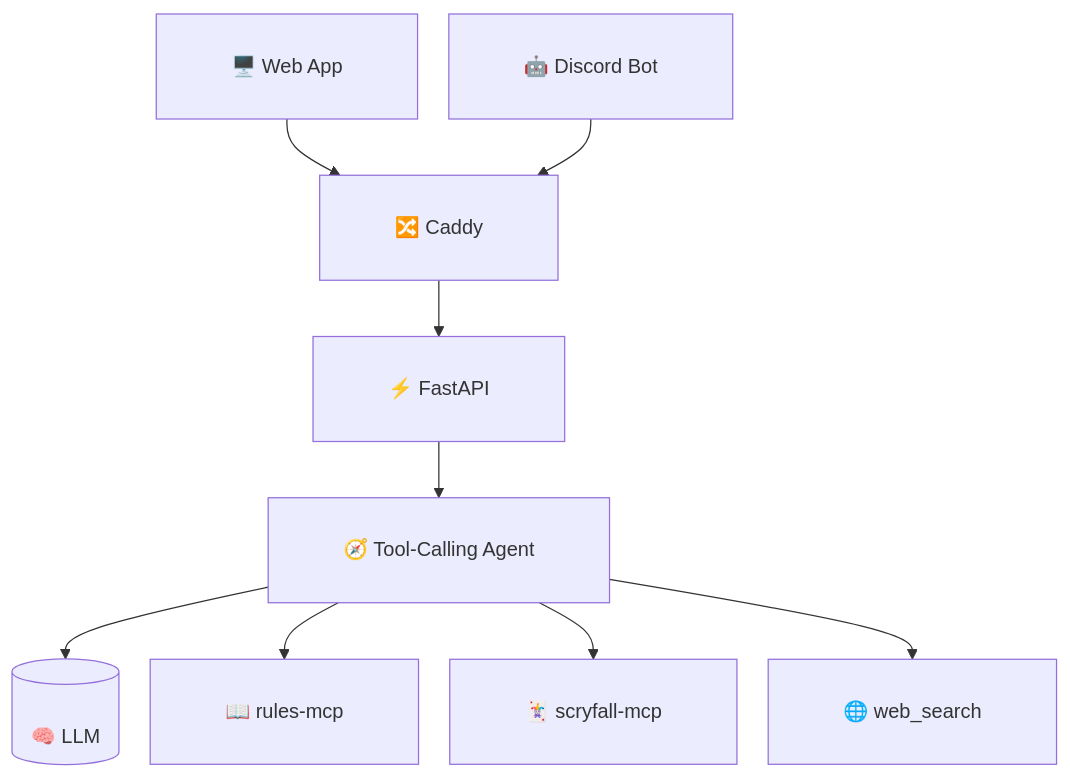
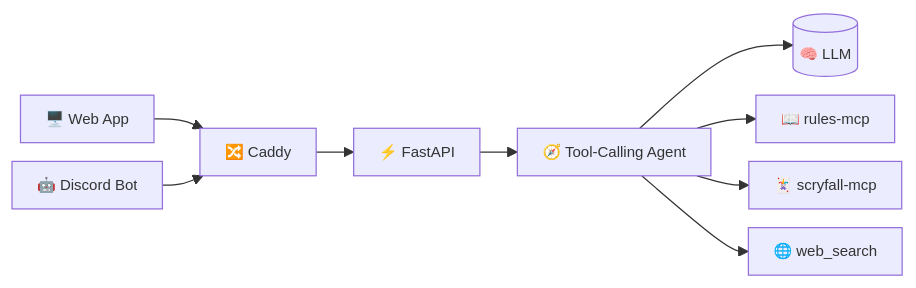
Before and after one commit to Delta-43/mtg-rules-agent: the diagram in README.md, drawn with Mermaid.

````diff
--- a/README.md
+++ b/README.md
@@ -63,12 +63,12 @@
 ```mermaid
-%%{init: {"flowchart": {"padding": 30, "nodeSpacing": 25, "rankSpacing": 45}}}%%
-flowchart TD
+%%{init: {"themeVariables": {"fontSize": "12px"}, "flowchart": {"useMaxWidth": true, "padding": 10, "nodeSpacing": 15, "rankSpacing": 30}}}%%
+flowchart LR
     PWA["🖥️ Web App"] --> Caddy["🔀 Caddy"]
     Bot["🤖 Discord Bot"] --> Caddy
     Caddy --> API["⚡ FastAPI"]
     API --> Agent["🧭 Tool-Calling Agent"]
     Agent --> LLM[("🧠 LLM")]
     Agent --> Rules["📖 rules-mcp"]
     Agent --> Scryfall["🃏 scryfall-mcp"]
     Agent --> Search["🌐 web_search"]
 ```
````
